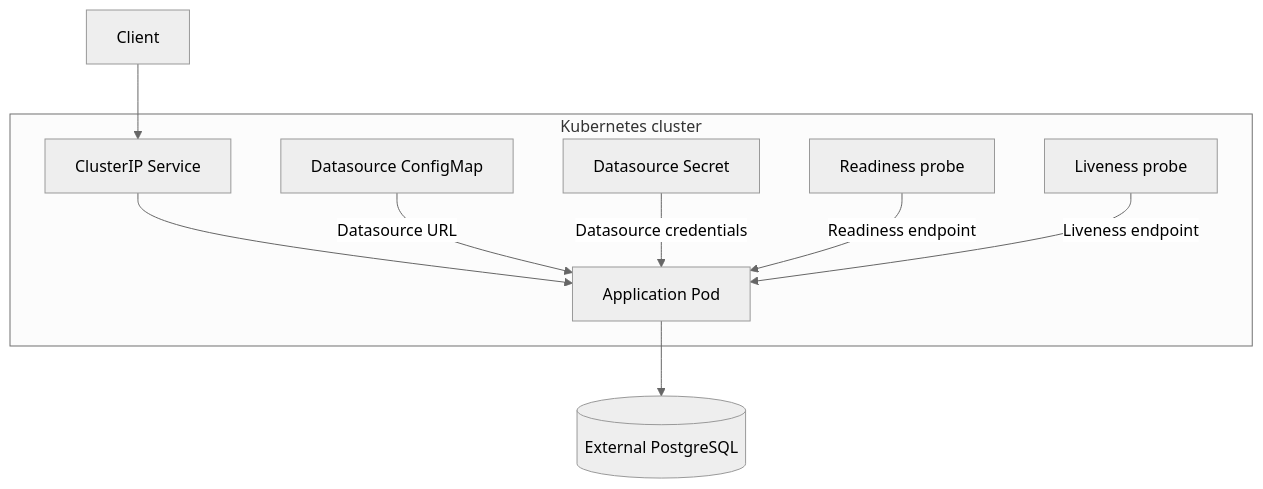
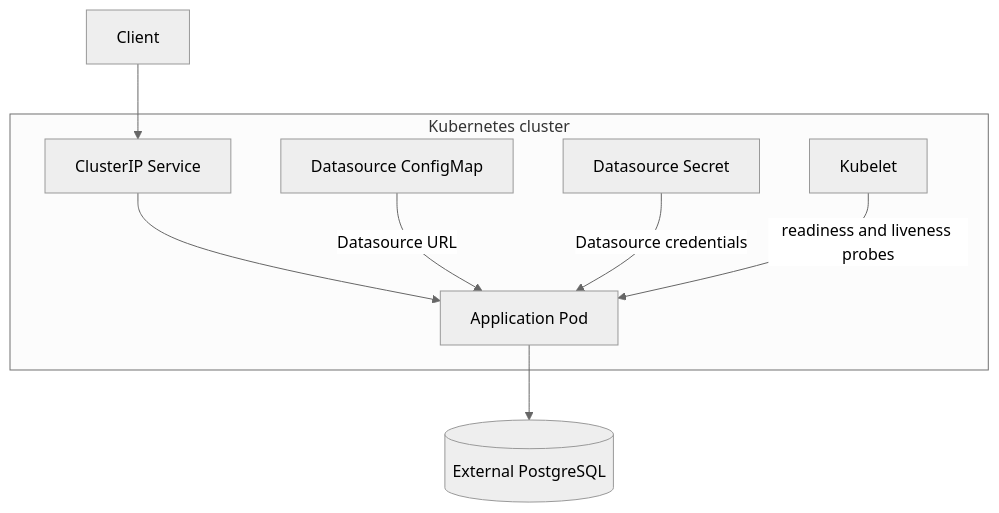
The fifth of 9 diagrams in docs/architecture.md (istvandezsi/java-cloud-platform-lab), drawn with Mermaid (neutral theme) before and after one commit. The commit also changed other lines of this file and 4 other files, not shown here.

````diff
--- a/docs/architecture.md
+++ b/docs/architecture.md
@@ -186,26 +188,24 @@
 ```mermaid
 flowchart TD
     Client[Client]
 
     subgraph Cluster[Kubernetes cluster]
         Service[ClusterIP Service]
         Pod[Application Pod]
         ConfigMap[Datasource ConfigMap]
         Secret[Datasource Secret]
-        Readiness[Readiness probe]
-        Liveness[Liveness probe]
+        Kubelet[Kubelet]
     end
 
     Database[(External PostgreSQL)]
 
     Client --> Service
     Service --> Pod
 
     ConfigMap -->|Datasource URL| Pod
     Secret -->|Datasource credentials| Pod
 
-    Readiness -->|Readiness endpoint| Pod
-    Liveness -->|Liveness endpoint| Pod
+    Kubelet -->|readiness and liveness probes| Pod
 
     Pod --> Database
 ```
````
